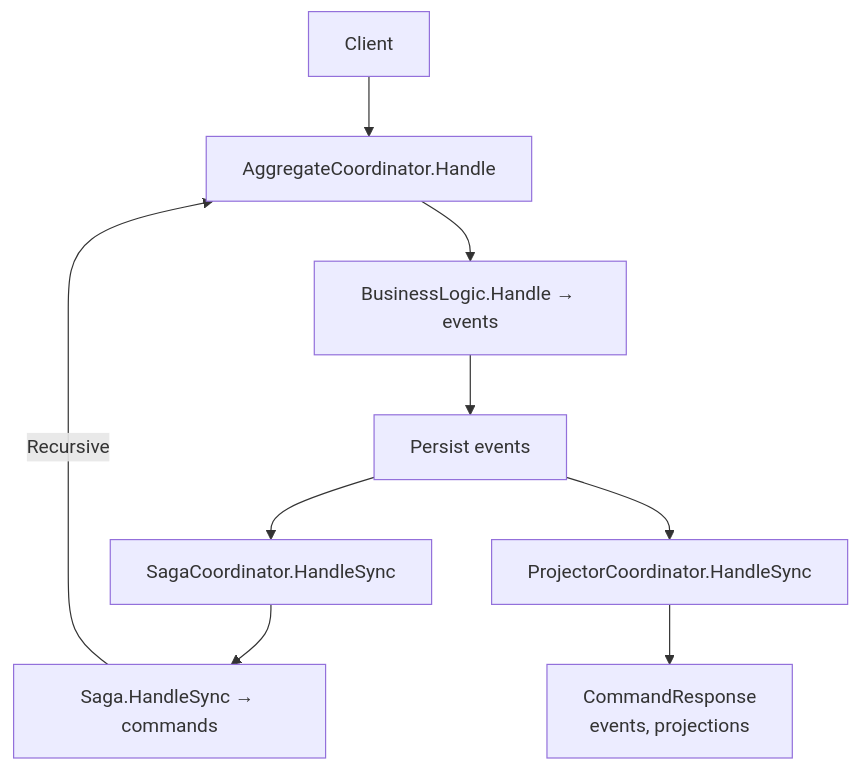
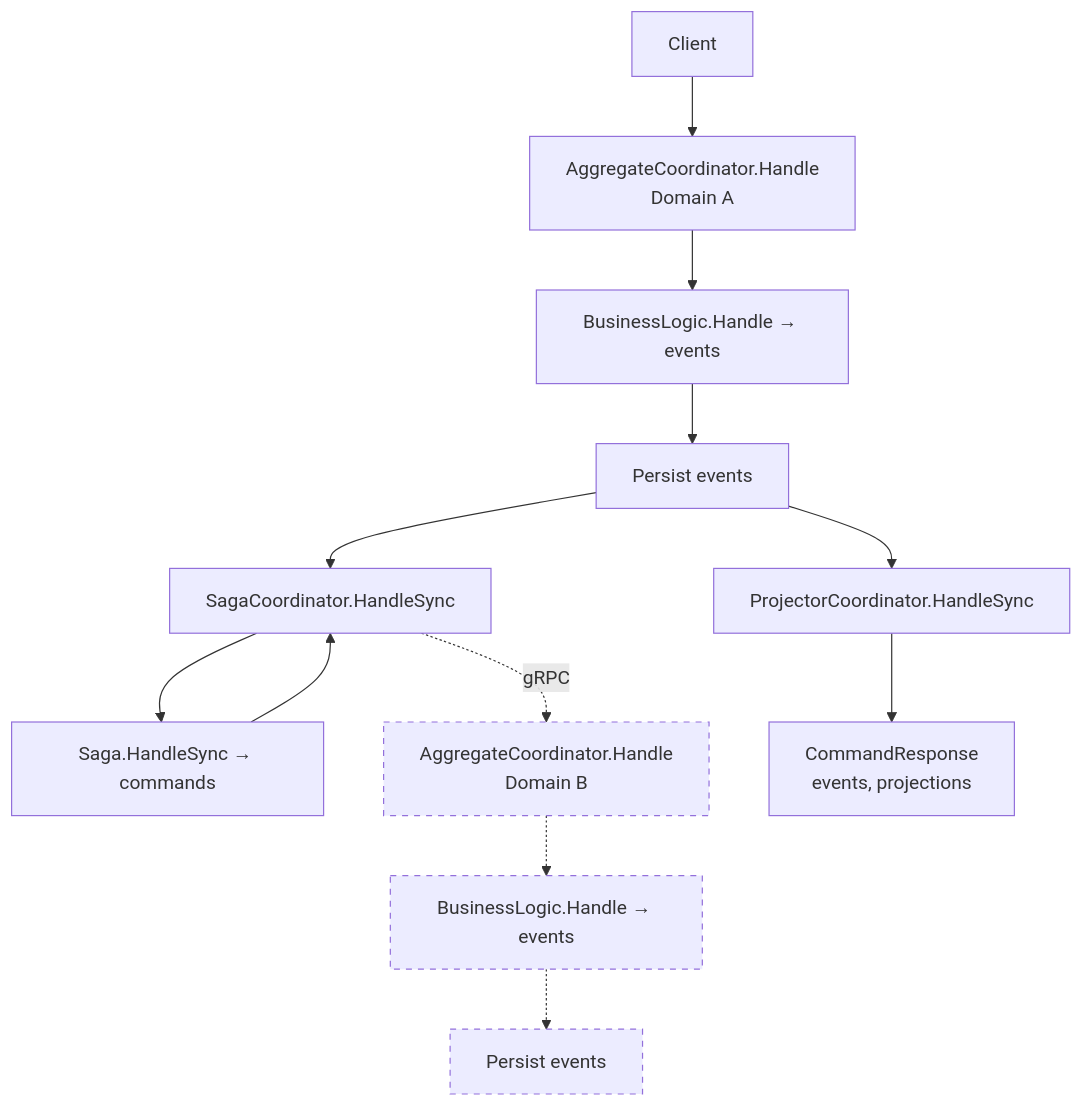
Before and after one commit to benjaminabbitt/angzarr: the third of 3 diagrams in docs/docs/architecture.md, drawn with Mermaid. The commit also changed other lines of this file and 9 other files, not shown here.

````diff
--- a/docs/docs/architecture.md
+++ b/docs/docs/architecture.md
@@ -166,11 +147,17 @@
 ```mermaid
 flowchart TB
-    Client --> AC[AggregateCoordinator.Handle]
+    Client --> AC[AggregateCoordinator.Handle<br/>Domain A]
     AC --> BL[BusinessLogic.Handle → events]
     BL --> Persist[Persist events]
     Persist --> SC[SagaCoordinator.HandleSync]
     SC --> Saga[Saga.HandleSync → commands]
-    Saga -->|Recursive| AC
+    Saga --> SC
+    SC -.->|gRPC| AC2[AggregateCoordinator.Handle<br/>Domain B]
+    AC2 -.-> BL2[BusinessLogic.Handle → events]
+    BL2 -.-> Persist2[Persist events]
     Persist --> PC[ProjectorCoordinator.HandleSync]
     PC --> Resp[CommandResponse<br/>events, projections]
+    style AC2 stroke-dasharray: 5 5
+    style BL2 stroke-dasharray: 5 5
+    style Persist2 stroke-dasharray: 5 5
 ```
````
